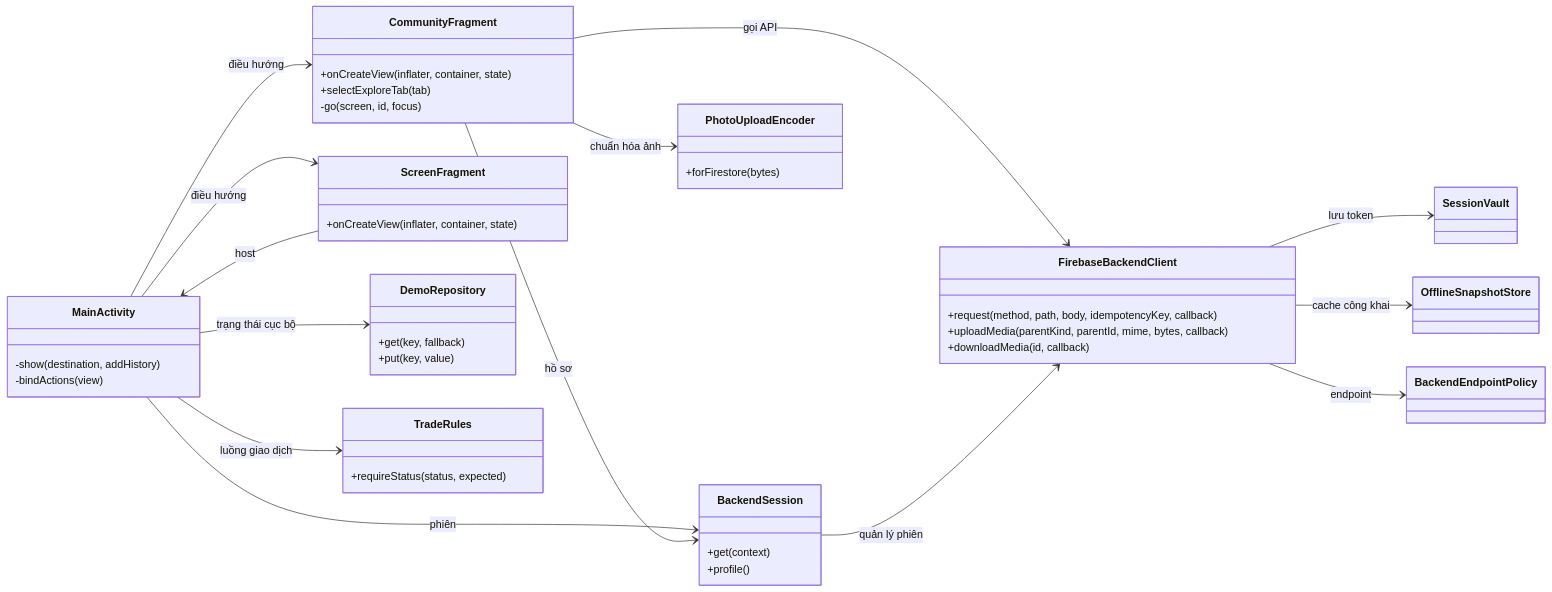
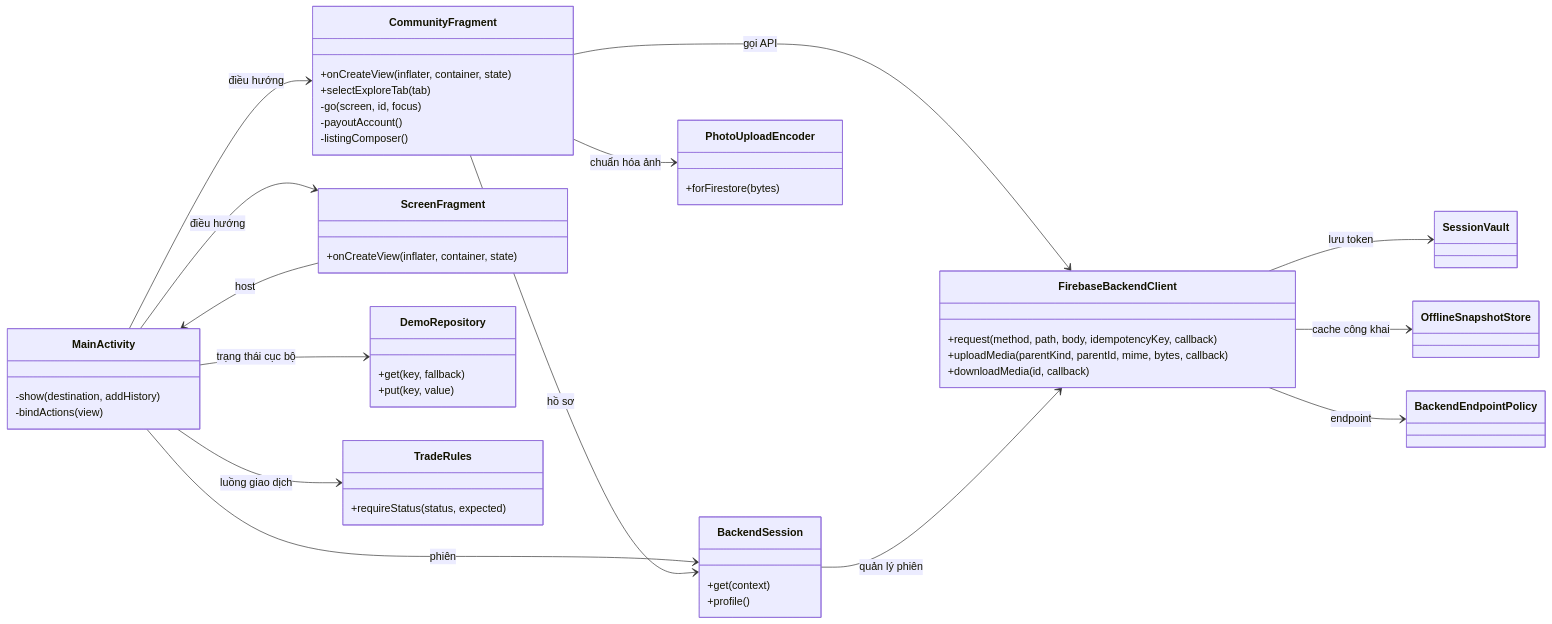
Before and after one commit to tuanHai-IT/DEV_MOBILE: the diagram in Recycling Share App/diagrams-current/runtime-class-diagram.mmd, drawn with Mermaid. The commit also changed 33 other files, not shown here.

```diff
--- a/Recycling Share App/diagrams-current/runtime-class-diagram.mmd
+++ b/Recycling Share App/diagrams-current/runtime-class-diagram.mmd
@@ -1,52 +1,54 @@
 classDiagram
 direction LR
     class MainActivity {
         -show(destination, addHistory)
         -bindActions(view)
     }
     class CommunityFragment {
         +onCreateView(inflater, container, state)
         +selectExploreTab(tab)
         -go(screen, id, focus)
+        -payoutAccount()
+        -listingComposer()
     }
     class ScreenFragment {
         +onCreateView(inflater, container, state)
     }
     class FirebaseBackendClient {
         +request(method, path, body, idempotencyKey, callback)
         +uploadMedia(parentKind, parentId, mime, bytes, callback)
         +downloadMedia(id, callback)
     }
     class BackendSession {
         +get(context)
         +profile()
     }
     class SessionVault {
     }
     class OfflineSnapshotStore {
     }
     class DemoRepository {
         +get(key, fallback)
         +put(key, value)
     }
     class TradeRules {
         +requireStatus(status, expected)
     }
     class BackendEndpointPolicy {
     }
     class PhotoUploadEncoder {
         +forFirestore(bytes)
     }
     MainActivity --> CommunityFragment : điều hướng
     MainActivity --> ScreenFragment : điều hướng
     MainActivity --> DemoRepository : trạng thái cục bộ
     MainActivity --> BackendSession : phiên
     CommunityFragment --> FirebaseBackendClient : gọi API
     CommunityFragment --> BackendSession : hồ sơ
     CommunityFragment --> PhotoUploadEncoder : chuẩn hóa ảnh
     BackendSession --> FirebaseBackendClient : quản lý phiên
     FirebaseBackendClient --> SessionVault : lưu token
     FirebaseBackendClient --> OfflineSnapshotStore : cache công khai
     FirebaseBackendClient --> BackendEndpointPolicy : endpoint
     ScreenFragment --> MainActivity : host
     MainActivity --> TradeRules : luồng giao dịch
```
